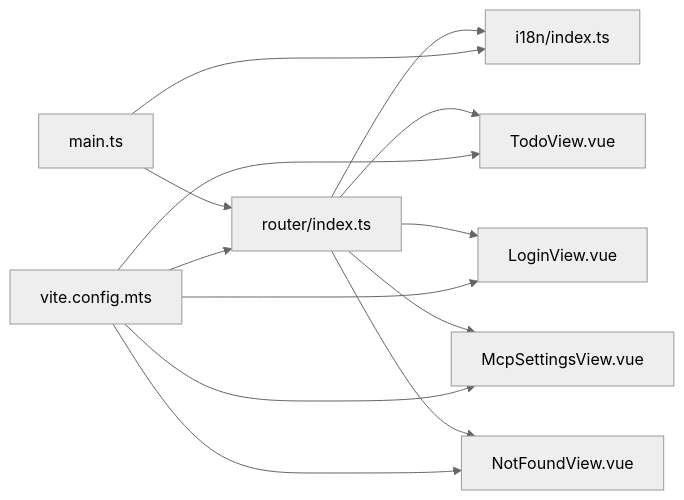
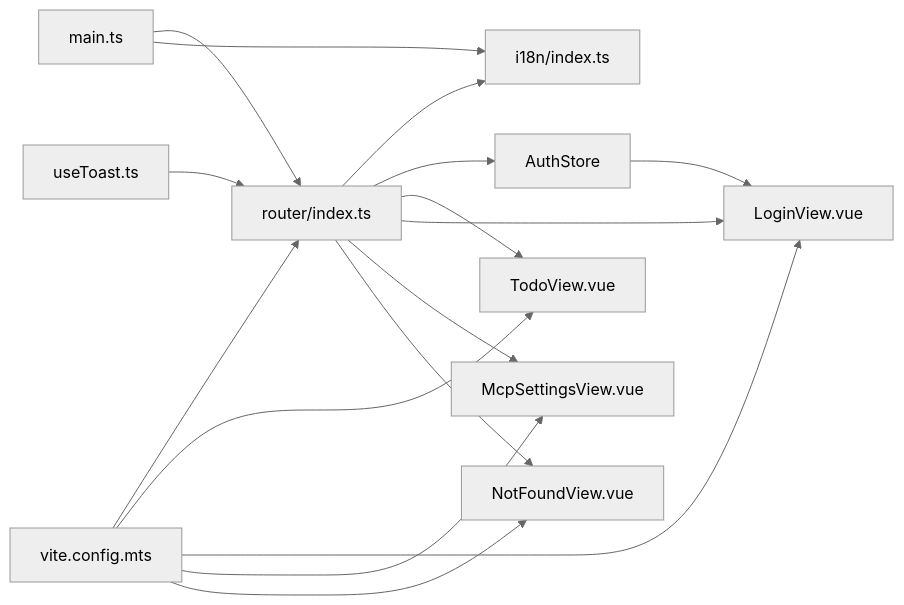
One commit to xixixiaoyu/Todo changed the third of 3 diagrams in .qoder/repowiki/zh/content/前端架构/路由系统.md. Above: the diagram before and after it, drawn with Mermaid (neutral theme). The commit also changed other lines of this file and 5 other files, not shown here.

````diff
--- a/.qoder/repowiki/zh/content/前端架构/路由系统.md
+++ b/.qoder/repowiki/zh/content/前端架构/路由系统.md
@@ -246,15 +302,18 @@
 ```mermaid
 graph LR
 R["router/index.ts"] --> I["i18n/index.ts"]
+R --> AS["AuthStore"]
 R --> V1["TodoView.vue"]
 R --> V2["LoginView.vue"]
 R --> V3["McpSettingsView.vue"]
 R --> V4["NotFoundView.vue"]
 M["main.ts"] --> R
 M --> I
+AS --> V2
+T["useToast.ts"] --> R
 VC["vite.config.mts"] --> R
 VC --> V1
 VC --> V2
 VC --> V3
 VC --> V4
 ```
````
